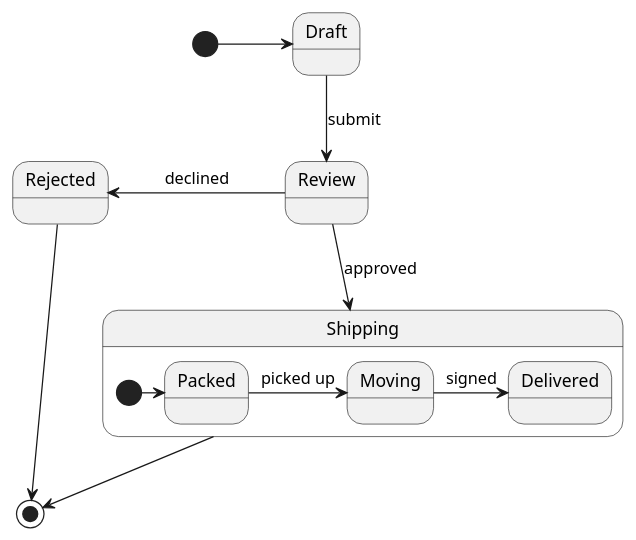
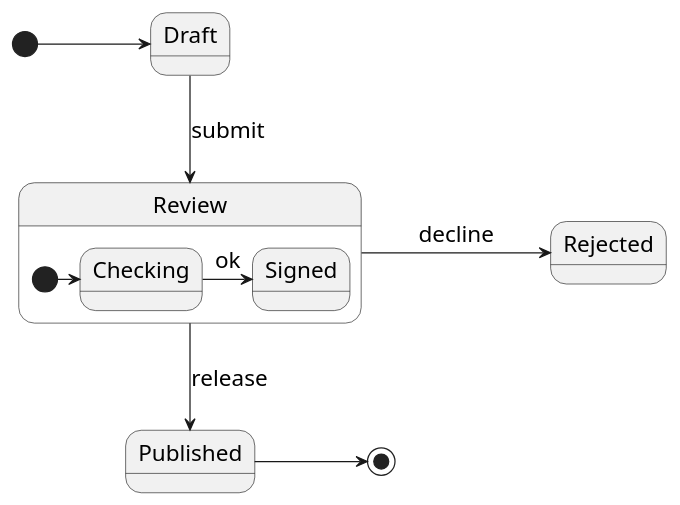
The diagram in docs/images/plantuml/state.puml (demaconsulting/CanvasNet), drawn with PlantUML before and after one commit. The commit also changed 16 other files, not shown here.

First line of the commit message:
Polish the PlantUML README images after visual review

```diff
--- a/docs/images/plantuml/state.puml
+++ b/docs/images/plantuml/state.puml
@@ -1,15 +1,15 @@
 @startuml
-skinparam ranksep 50
-skinparam nodesep 60
+skinparam defaultFontSize 18
+skinparam arrowFontSize 18
+skinparam nodesep 90
+skinparam ranksep 60
 [*] -right-> Draft
 Draft --> Review : submit
-Review --> Shipping : approved
-Review -left-> Rejected : declined
-state Shipping {
-  [*] -right-> Packed
-  Packed -right-> Moving : picked up
-  Moving -right-> Delivered : signed
+state Review {
+  [*] -right-> Checking
+  Checking -right-> Signed : ok
 }
-Rejected --> [*]
-Shipping --> [*]
+Review -right-> Rejected : decline
+Review --> Published : release
+Published -right-> [*]
 @enduml
```
